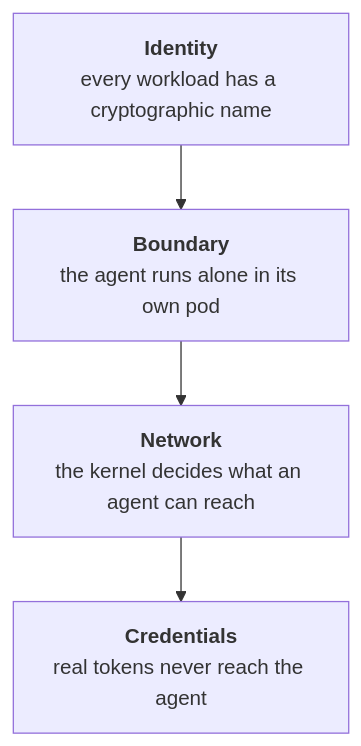
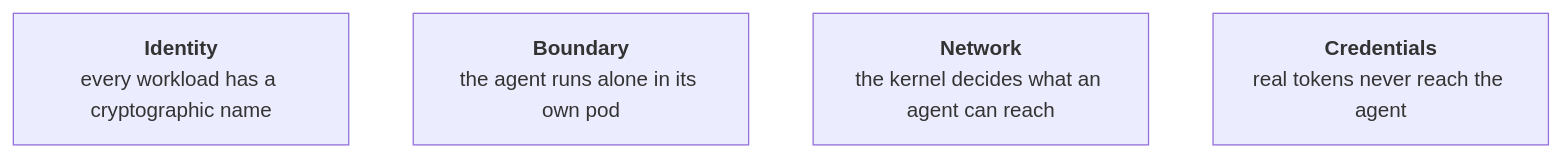
The first of 2 diagrams in docs/strategy/security-overview.md (dam-agents/dam), drawn with Mermaid before and after one commit. The commit also changed other lines of this file, not shown here.

````diff
--- a/docs/strategy/security-overview.md
+++ b/docs/strategy/security-overview.md
@@ -11,8 +12,8 @@
 ```mermaid
-flowchart TB
+flowchart LR
   L1["<b>Identity</b><br/>every workload has a cryptographic name"]
   L2["<b>Boundary</b><br/>the agent runs alone in its own pod"]
   L3["<b>Network</b><br/>the kernel decides what an agent can reach"]
   L4["<b>Credentials</b><br/>real tokens never reach the agent"]
-  L1 --> L2 --> L3 --> L4
+  L1 ~~~ L2 ~~~ L3 ~~~ L4
 ```
````
